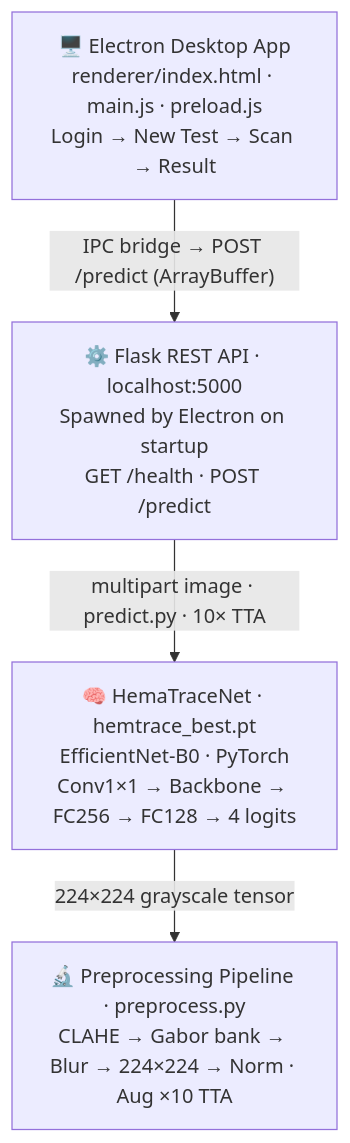
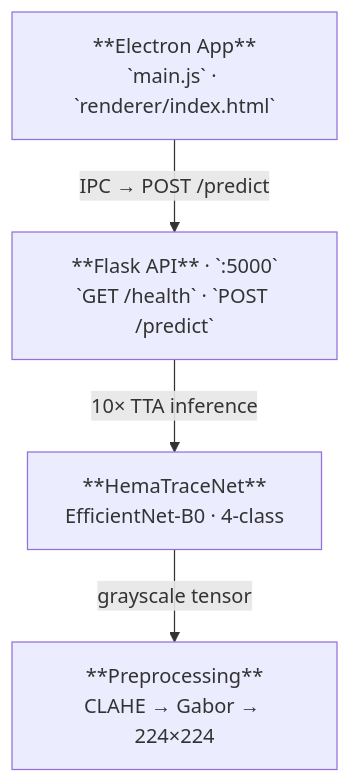
The diagram in README.md (Syed-Abdul-Rehman-Nasir/Hematrace-Fingerprint-Blood-Group-Detection-), drawn with Mermaid before and after one commit.

````diff
--- a/README.md
+++ b/README.md
@@ -39,11 +39,13 @@
 ```mermaid
+
 flowchart TD
-    A["🖥️ Electron Desktop App\nrenderer/index.html · main.js · preload.js\nLogin → New Test → Scan → Result"]
-    B["⚙️ Flask REST API · localhost:5000\nSpawned by Electron on startup\nGET /health · POST /predict"]
-    C["🧠 HemaTraceNet · hemtrace_best.pt\nEfficientNet-B0 · PyTorch\nConv1×1 → Backbone → FC256 → FC128 → 4 logits"]
-    D["🔬 Preprocessing Pipeline · preprocess.py\nCLAHE → Gabor bank → Blur → 224×224 → Norm · Aug ×10 TTA"]
+    A["**Electron App**\n`main.js` · `renderer/index.html`"]
+    B["**Flask API** · `:5000`\n`GET /health` · `POST /predict`"]
+    C["**HemaTraceNet**\nEfficientNet-B0 · 4-class"]
+    D["**Preprocessing**\nCLAHE → Gabor → 224×224"]
 
-    A -->|"IPC bridge → POST /predict (ArrayBuffer)"| B
-    B -->|"multipart image · predict.py · 10× TTA"| C
-    C -->|"224×224 grayscale tensor"| D
+    A -->|IPC → POST /predict| B
+    B -->|10× TTA inference| C
+    C -->|grayscale tensor| D
+
 ```
````
